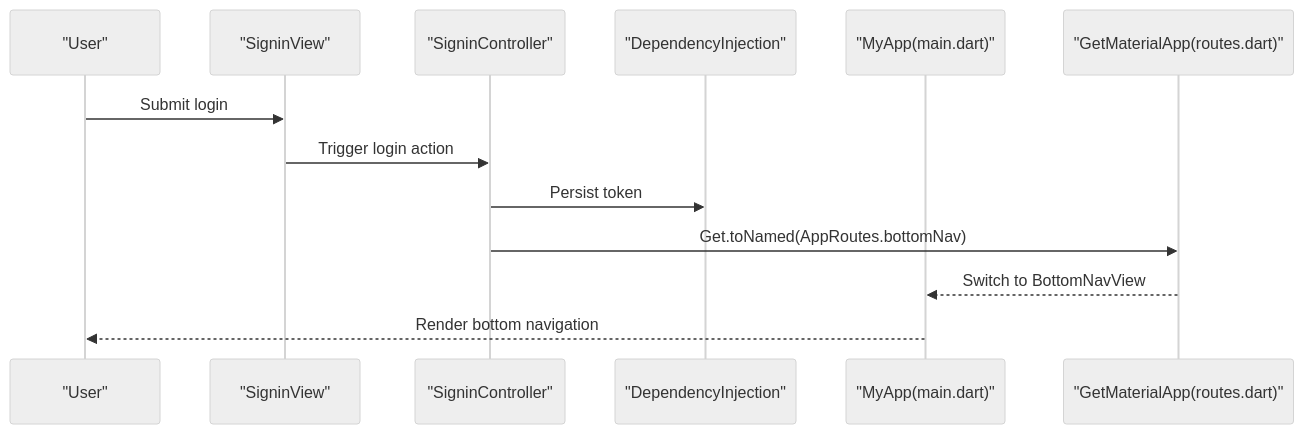
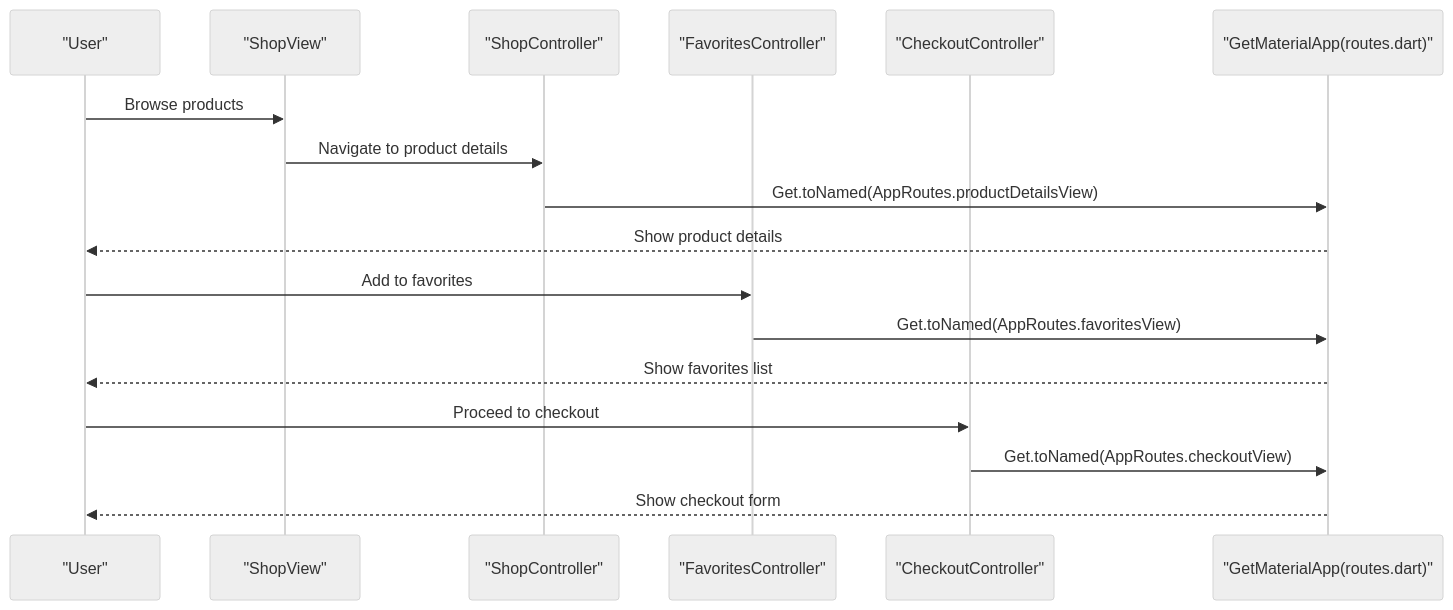
Before and after one commit to Ariful3111/FurniGo: the third of 8 diagrams in .qoder/repowiki/en/content/Architecture Overview/Routing and Navigation.md, drawn with Mermaid (neutral theme). The commit also changed other lines of this file and 15 other files, not shown here.

````diff
--- a/.qoder/repowiki/en/content/Architecture Overview/Routing and Navigation.md
+++ b/.qoder/repowiki/en/content/Architecture Overview/Routing and Navigation.md
@@ -131,15 +171,19 @@
 ```mermaid
 sequenceDiagram
 participant User as "User"
-participant View as "SigninView"
-participant Ctrl as "SigninController"
-participant DI as "DependencyInjection"
-participant App as "MyApp(main.dart)"
+participant View as "ShopView"
+participant Ctrl as "ShopController"
+participant Favorites as "FavoritesController"
+participant Checkout as "CheckoutController"
 participant Router as "GetMaterialApp(routes.dart)"
-User->>View : Submit login
-View->>Ctrl : Trigger login action
-Ctrl->>DI : Persist token
-Ctrl->>Router : Get.toNamed(AppRoutes.bottomNav)
-Router-->>App : Switch to BottomNavView
-App-->>User : Render bottom navigation
+User->>View : Browse products
+View->>Ctrl : Navigate to product details
+Ctrl->>Router : Get.toNamed(AppRoutes.productDetailsView)
+Router-->>User : Show product details
+User->>Favorites : Add to favorites
+Favorites->>Router : Get.toNamed(AppRoutes.favoritesView)
+Router-->>User : Show favorites list
+User->>Checkout : Proceed to checkout
+Checkout->>Router : Get.toNamed(AppRoutes.checkoutView)
+Router-->>User : Show checkout form
 ```
````
